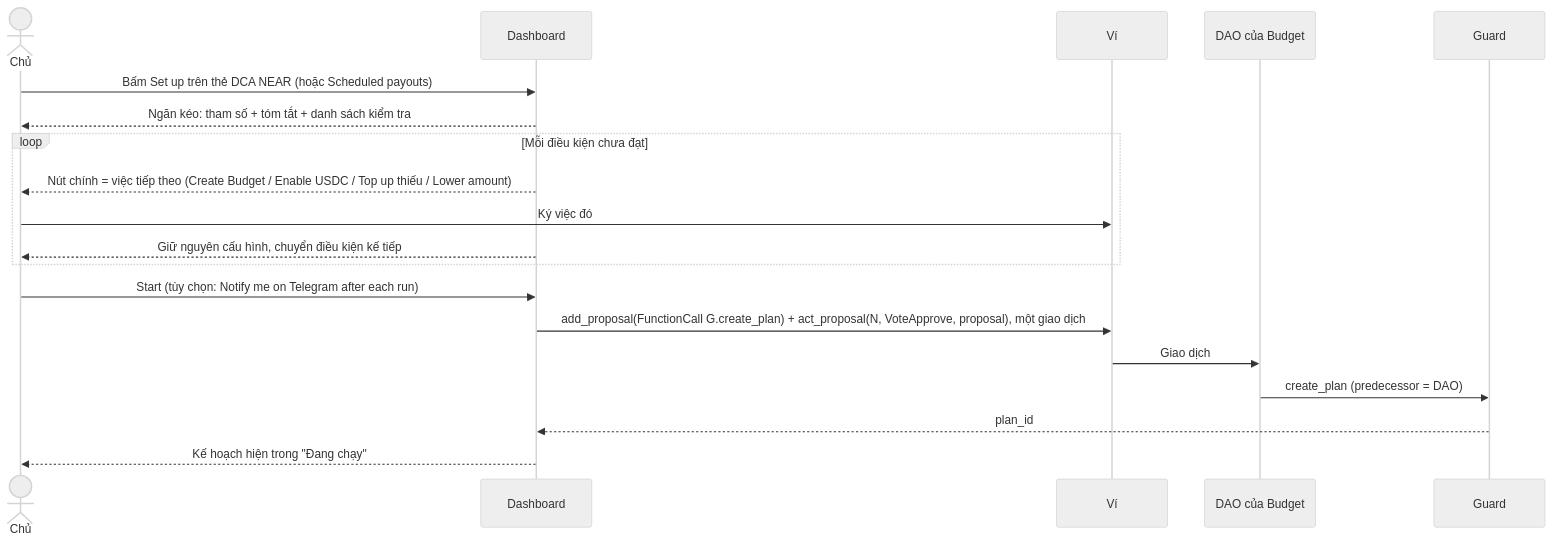
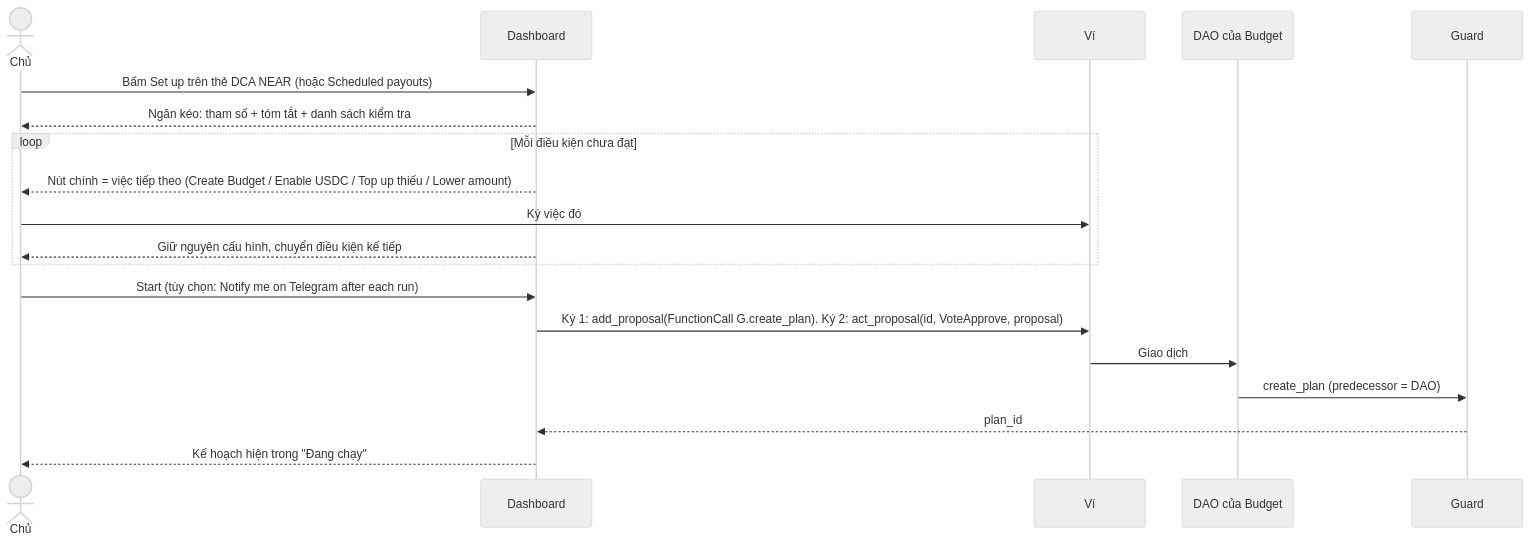
Before and after one commit to BLV-Labs/keydoctor: diagram 19 of 21 in docs/usecase.md, drawn with Mermaid (neutral theme). The commit also changed other lines of this file and 5 other files, not shown here.

First line of the commit message:
docs(spec): plan actions, DAO-only Guard upgrade, two-signature owner flow

````diff
--- a/docs/usecase.md
+++ b/docs/usecase.md
@@ -1070,22 +1070,22 @@
 ```mermaid
 sequenceDiagram
   actor U as Chủ
   participant D as Dashboard
   participant W as Ví
   participant DAO as DAO của Budget
   participant G as Guard
 
   U->>D: Bấm Set up trên thẻ DCA NEAR (hoặc Scheduled payouts)
   D-->>U: Ngăn kéo: tham số + tóm tắt + danh sách kiểm tra
   loop Mỗi điều kiện chưa đạt
     D-->>U: Nút chính = việc tiếp theo (Create Budget / Enable USDC / Top up thiếu / Lower amount)
     U->>W: Ký việc đó
     D-->>U: Giữ nguyên cấu hình, chuyển điều kiện kế tiếp
   end
   U->>D: Start (tùy chọn: Notify me on Telegram after each run)
-  D->>W: add_proposal(FunctionCall G.create_plan) + act_proposal(N, VoteApprove, proposal), một giao dịch
+  D->>W: Ký 1: add_proposal(FunctionCall G.create_plan). Ký 2: act_proposal(id, VoteApprove, proposal)
   W->>DAO: Giao dịch
   DAO->>G: create_plan (predecessor = DAO)
   G-->>D: plan_id
   D-->>U: Kế hoạch hiện trong "Đang chạy"
 ```
````
